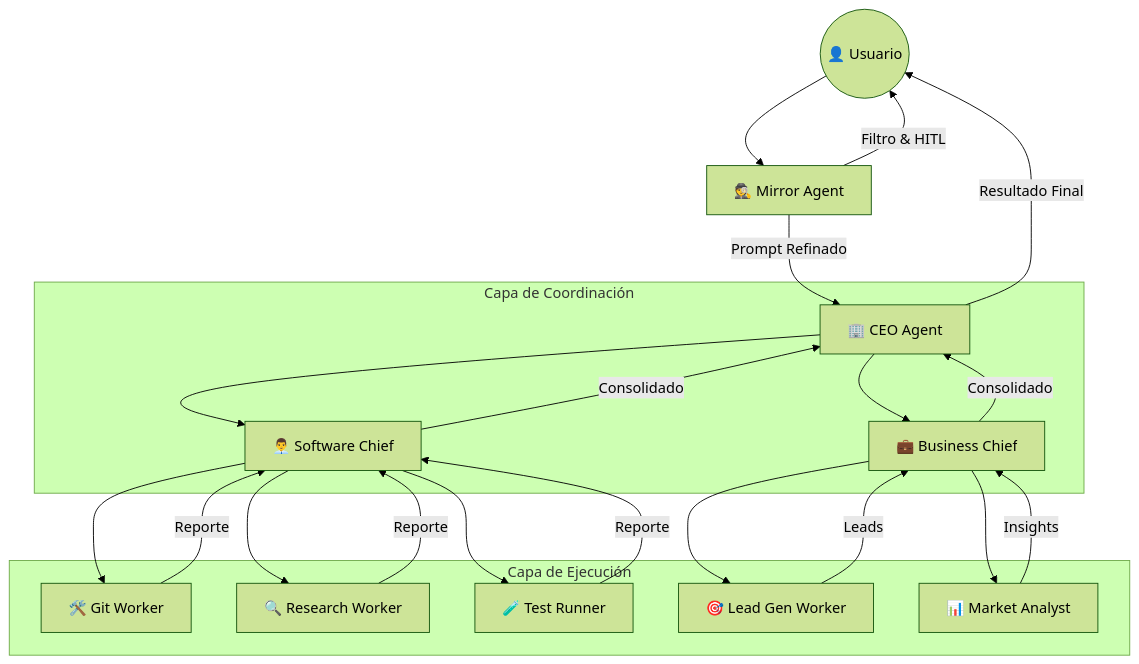
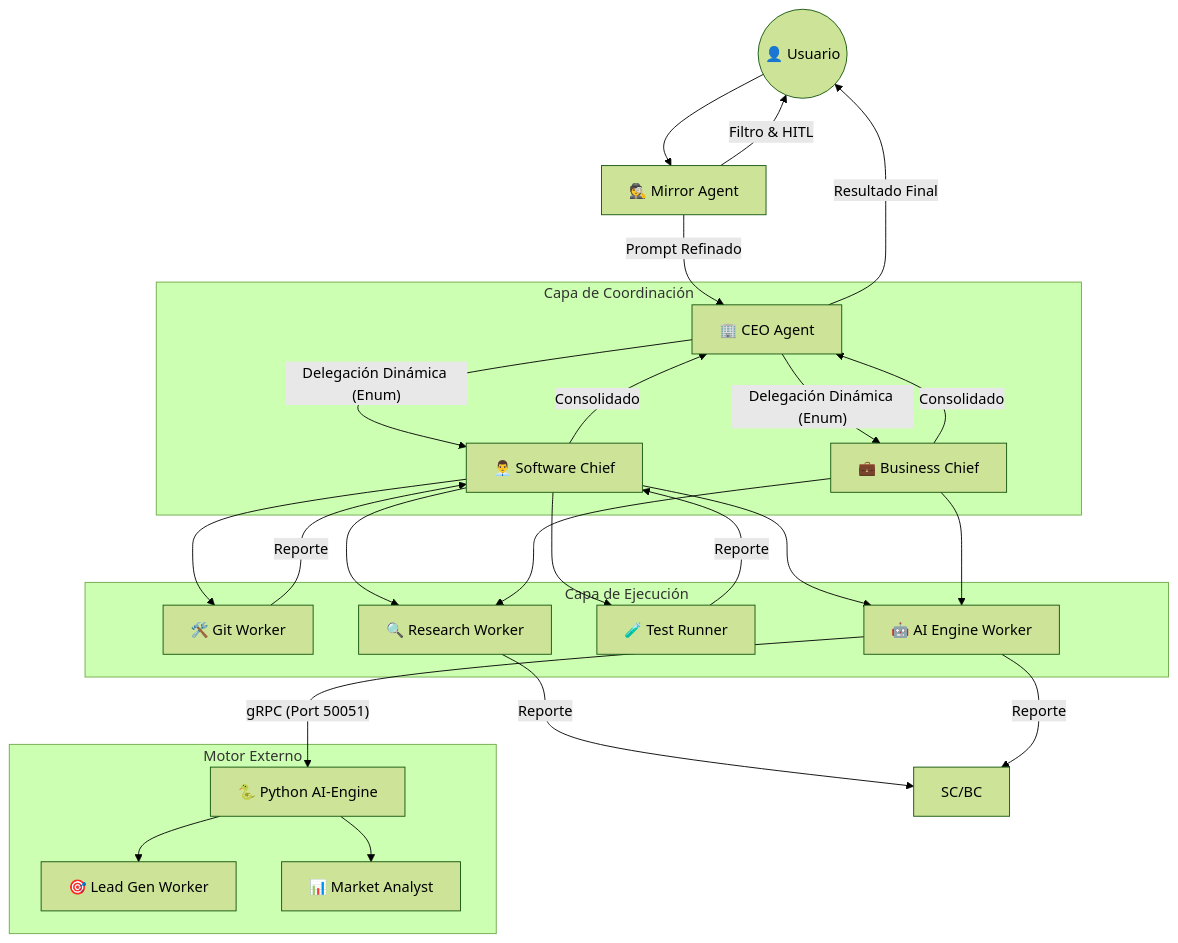
Before and after one commit to mauroociappinaph/startup-autonoma: the diagram in docs/architecture/organigrama.md, drawn with Mermaid (forest theme). The commit also changed other lines of this file and 6 other files, not shown here.

Commit message:
feat(commercial): update docs, refactor lead gen worker and implement persistence logic

````diff
--- a/docs/architecture/organigrama.md
+++ b/docs/architecture/organigrama.md
@@ -7,32 +7,37 @@
 ```mermaid
 graph TD
     User((👤 Usuario)) --> Mirror[🕵️ Mirror Agent]
     Mirror -- "Filtro & HITL" --> User
     Mirror -- "Prompt Refinado" --> CEO[🏢 CEO Agent]
     
     subgraph Chiefs [Capa de Coordinación]
-        CEO --> SC[👨‍💼 Software Chief]
-        CEO --> BC[💼 Business Chief]
+        CEO -- "Delegación Dinámica (Enum)" --> SC[👨‍💼 Software Chief]
+        CEO -- "Delegación Dinámica (Enum)" --> BC[💼 Business Chief]
     end
     
     subgraph Workers [Capa de Ejecución]
         SC --> GW[🛠️ Git Worker]
         SC --> RW[🔍 Research Worker]
         SC --> TR[🧪 Test Runner]
+        SC --> AIW[🤖 AI Engine Worker]
         
-        BC --> LGW[🎯 Lead Gen Worker]
-        BC --> MAW[📊 Market Analyst]
+        BC --> AIW
+        BC --> RW
+    end
+    
+    subgraph Engine [Motor Externo]
+        AIW -- "gRPC (Port 50051)" --> PY[🐍 Python AI-Engine]
+        PY --> LGW[🎯 Lead Gen Worker]
+        PY --> MAW[📊 Market Analyst]
     end
     
     GW -- Reporte --> SC
-    RW -- Reporte --> SC
+    RW -- Reporte --> SC/BC
     TR -- Reporte --> SC
-    
-    LGW -- Leads --> BC
-    MAW -- Insights --> BC
+    AIW -- Reporte --> SC/BC
     
     SC -- Consolidado --> CEO
     BC -- Consolidado --> CEO
     
     CEO -- "Resultado Final" --> User
 ```
````
